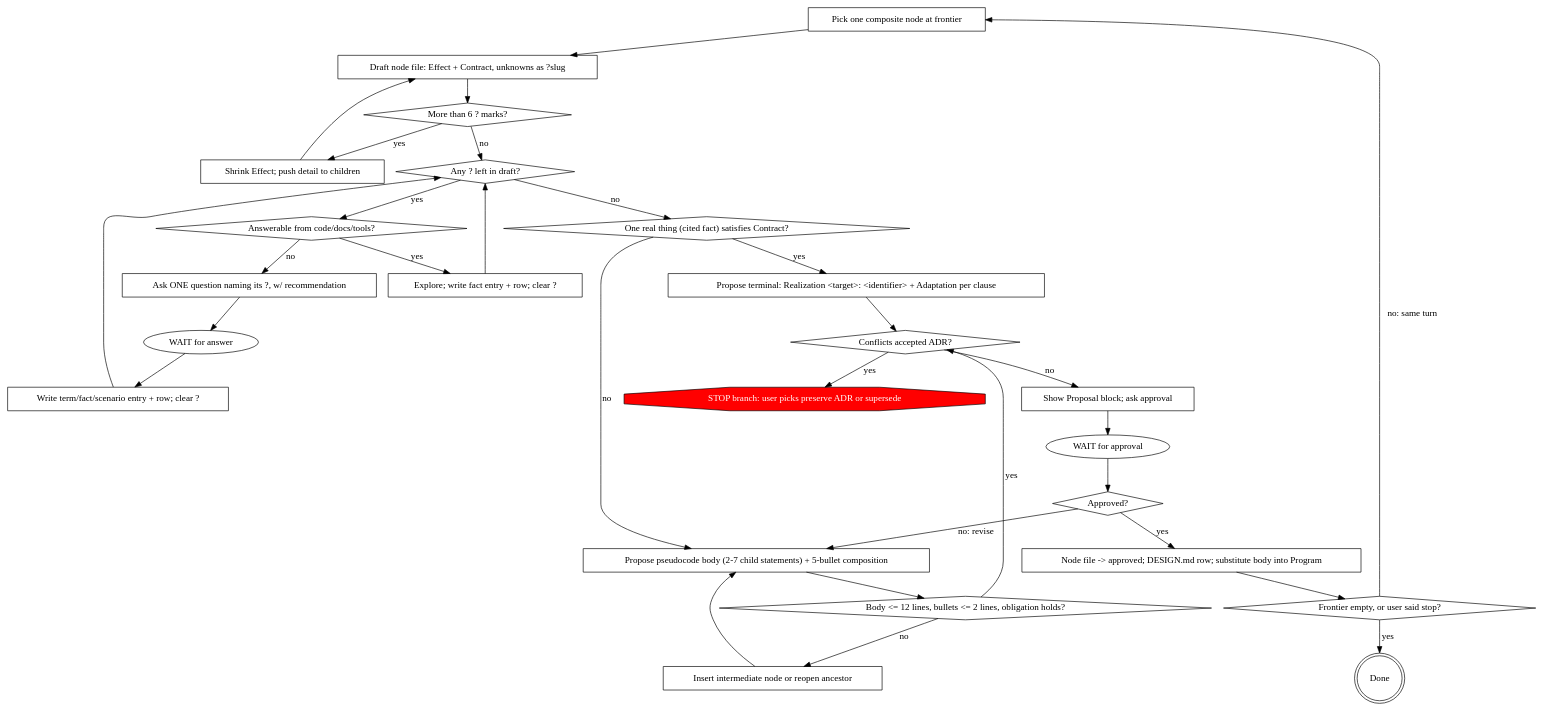
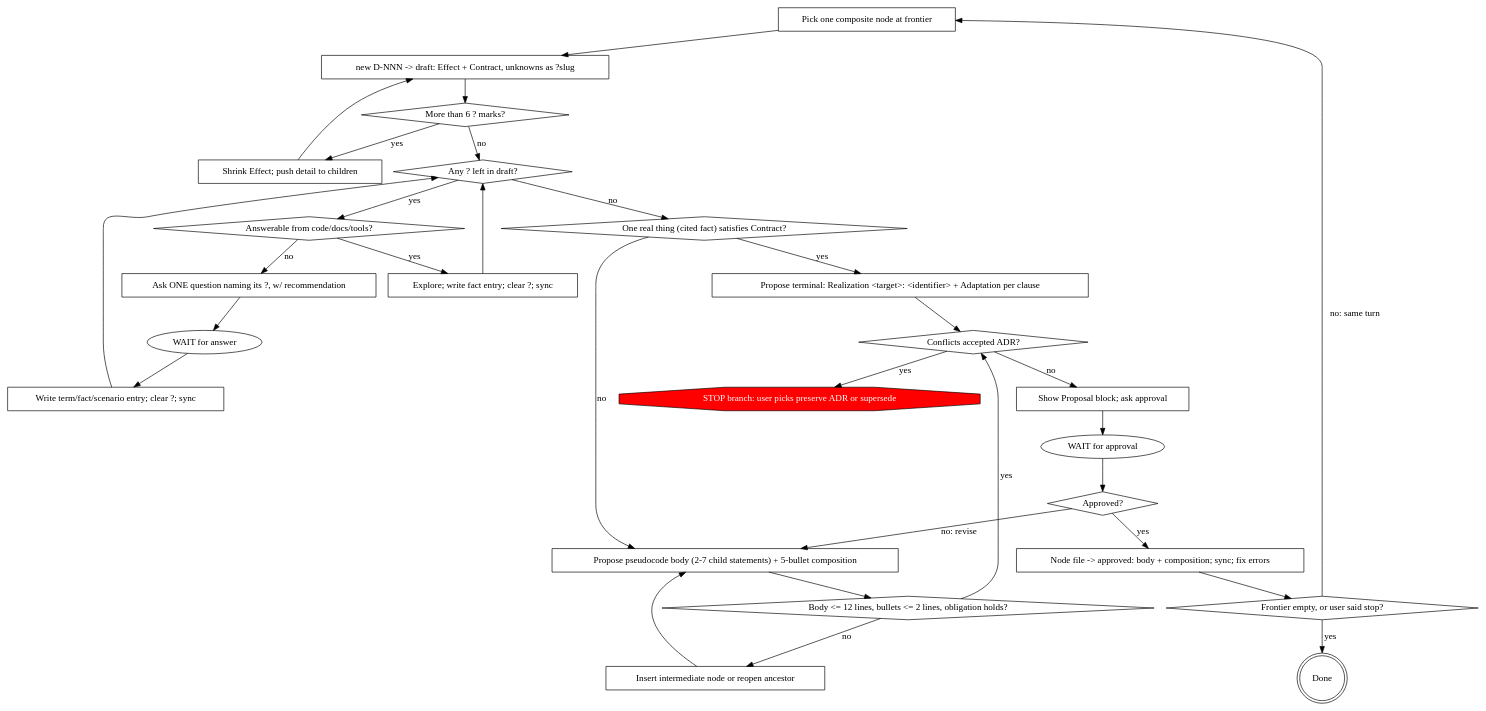
The diagram in constructing-software-stepwise/skills/constructing-software-stepwise/SKILL.md (HollandDM/my-skills), drawn with Graphviz before and after one commit. The commit also changed other lines of this file and 6 other files, not shown here.

````diff
--- a/constructing-software-stepwise/skills/constructing-software-stepwise/SKILL.md
+++ b/constructing-software-stepwise/skills/constructing-software-stepwise/SKILL.md
@@ -77,57 +89,57 @@
 ```dot
 digraph refine {
     "Pick one composite node at frontier" [shape=box];
-    "Draft node file: Effect + Contract, unknowns as ?slug" [shape=box];
+    "new D-NNN -> draft: Effect + Contract, unknowns as ?slug" [shape=box];
     "More than 6 ? marks?" [shape=diamond];
     "Shrink Effect; push detail to children" [shape=box];
     "Any ? left in draft?" [shape=diamond];
     "Answerable from code/docs/tools?" [shape=diamond];
-    "Explore; write fact entry + row; clear ?" [shape=box];
+    "Explore; write fact entry; clear ?; sync" [shape=box];
     "Ask ONE question naming its ?, w/ recommendation" [shape=box];
     "WAIT for answer" [shape=ellipse];
-    "Write term/fact/scenario entry + row; clear ?" [shape=box];
+    "Write term/fact/scenario entry; clear ?; sync" [shape=box];
     "One real thing (cited fact) satisfies Contract?" [shape=diamond];
     "Propose terminal: Realization <target>: <identifier> + Adaptation per clause" [shape=box];
     "Propose pseudocode body (2-7 child statements) + 5-bullet composition" [shape=box];
     "Body <= 12 lines, bullets <= 2 lines, obligation holds?" [shape=diamond];
     "Insert intermediate node or reopen ancestor" [shape=box];
     "Conflicts accepted ADR?" [shape=diamond];
     "STOP branch: user picks preserve ADR or supersede" [shape=octagon, style=filled, fillcolor=red, fontcolor=white];
     "Show Proposal block; ask approval" [shape=box];
     "WAIT for approval" [shape=ellipse];
     "Approved?" [shape=diamond];
-    "Node file -> approved; DESIGN.md row; substitute body into Program" [shape=box];
+    "Node file -> approved: body + composition; sync; fix errors" [shape=box];
     "Frontier empty, or user said stop?" [shape=diamond];
     "Done" [shape=doublecircle];
 
-    "Pick one composite node at frontier" -> "Draft node file: Effect + Contract, unknowns as ?slug";
-    "Draft node file: Effect + Contract, unknowns as ?slug" -> "More than 6 ? marks?";
+    "Pick one composite node at frontier" -> "new D-NNN -> draft: Effect + Contract, unknowns as ?slug";
+    "new D-NNN -> draft: Effect + Contract, unknowns as ?slug" -> "More than 6 ? marks?";
     "More than 6 ? marks?" -> "Shrink Effect; push detail to children" [label="yes"];
-    "Shrink Effect; push detail to children" -> "Draft node file: Effect + Contract, unknowns as ?slug";
+    "Shrink Effect; push detail to children" -> "new D-NNN -> draft: Effect + Contract, unknowns as ?slug";
     "More than 6 ? marks?" -> "Any ? left in draft?" [label="no"];
     "Any ? left in draft?" -> "Answerable from code/docs/tools?" [label="yes"];
-    "Answerable from code/docs/tools?" -> "Explore; write fact entry + row; clear ?" [label="yes"];
-    "Explore; write fact entry + row; clear ?" -> "Any ? left in draft?";
+    "Answerable from code/docs/tools?" -> "Explore; write fact entry; clear ?; sync" [label="yes"];
+    "Explore; write fact entry; clear ?; sync" -> "Any ? left in draft?";
     "Answerable from code/docs/tools?" -> "Ask ONE question naming its ?, w/ recommendation" [label="no"];
     "Ask ONE question naming its ?, w/ recommendation" -> "WAIT for answer";
-    "WAIT for answer" -> "Write term/fact/scenario entry + row; clear ?";
-    "Write term/fact/scenario entry + row; clear ?" -> "Any ? left in draft?";
+    "WAIT for answer" -> "Write term/fact/scenario entry; clear ?; sync";
+    "Write term/fact/scenario entry; clear ?; sync" -> "Any ? left in draft?";
     "Any ? left in draft?" -> "One real thing (cited fact) satisfies Contract?" [label="no"];
     "One real thing (cited fact) satisfies Contract?" -> "Propose terminal: Realization <target>: <identifier> + Adaptation per clause" [label="yes"];
     "Propose terminal: Realization <target>: <identifier> + Adaptation per clause" -> "Conflicts accepted ADR?";
     "One real thing (cited fact) satisfies Contract?" -> "Propose pseudocode body (2-7 child statements) + 5-bullet composition" [label="no"];
     "Propose pseudocode body (2-7 child statements) + 5-bullet composition" -> "Body <= 12 lines, bullets <= 2 lines, obligation holds?";
     "Body <= 12 lines, bullets <= 2 lines, obligation holds?" -> "Insert intermediate node or reopen ancestor" [label="no"];
     "Insert intermediate node or reopen ancestor" -> "Propose pseudocode body (2-7 child statements) + 5-bullet composition";
     "Body <= 12 lines, bullets <= 2 lines, obligation holds?" -> "Conflicts accepted ADR?" [label="yes"];
     "Conflicts accepted ADR?" -> "STOP branch: user picks preserve ADR or supersede" [label="yes"];
     "Conflicts accepted ADR?" -> "Show Proposal block; ask approval" [label="no"];
     "Show Proposal block; ask approval" -> "WAIT for approval";
     "WAIT for approval" -> "Approved?";
     "Approved?" -> "Propose pseudocode body (2-7 child statements) + 5-bullet composition" [label="no: revise"];
-    "Approved?" -> "Node file -> approved; DESIGN.md row; substitute body into Program" [label="yes"];
-    "Node file -> approved; DESIGN.md row; substitute body into Program" -> "Frontier empty, or user said stop?";
+    "Approved?" -> "Node file -> approved: body + composition; sync; fix errors" [label="yes"];
+    "Node file -> approved: body + composition; sync; fix errors" -> "Frontier empty, or user said stop?";
     "Frontier empty, or user said stop?" -> "Done" [label="yes"];
     "Frontier empty, or user said stop?" -> "Pick one composite node at frontier" [label="no: same turn"];
 }
 ```
````
